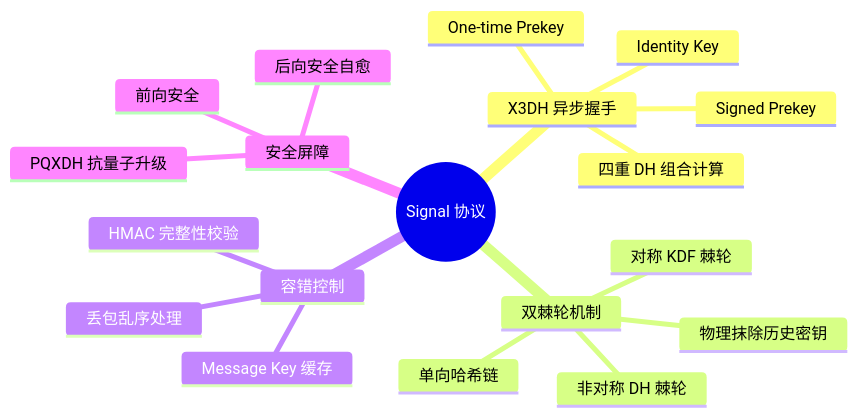
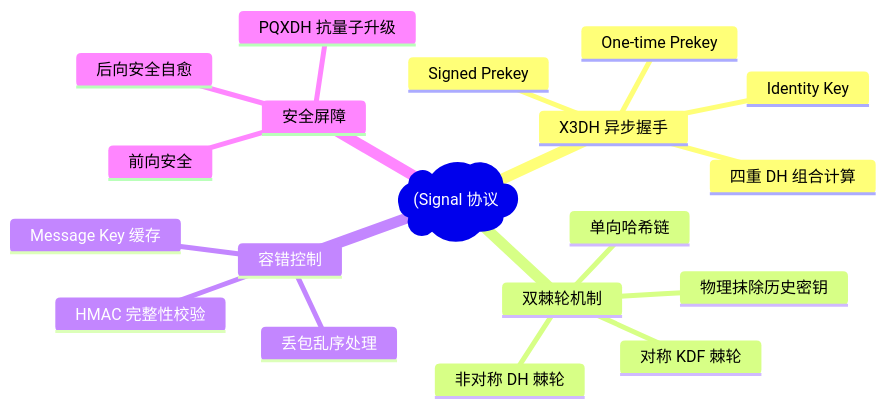
Before and after one commit to koosai/AI-Architect-Learning: the first of 8 diagrams in docs/atlas/signal.mdx, drawn with Mermaid. The commit also changed other lines of this file and 187 other files, not shown here.

Commit message:
fix(mermaid): fix all unquoted parens and edge label syntax errors across all docs

````diff
--- a/docs/atlas/signal.mdx
+++ b/docs/atlas/signal.mdx
@@ -84,22 +84,22 @@
 ```mermaid
 mindmap
-  root((Signal 协议))
+  root("(Signal 协议"))
     X3DH 异步握手
       Identity Key
       Signed Prekey
       One-time Prekey
       四重 DH 组合计算
     双棘轮机制
       对称 KDF 棘轮
       非对称 DH 棘轮
       单向哈希链
       物理抹除历史密钥
     容错控制
       丢包乱序处理
       Message Key 缓存
       HMAC 完整性校验
     安全屏障
       前向安全
       后向安全自愈
       PQXDH 抗量子升级
 ```
````
